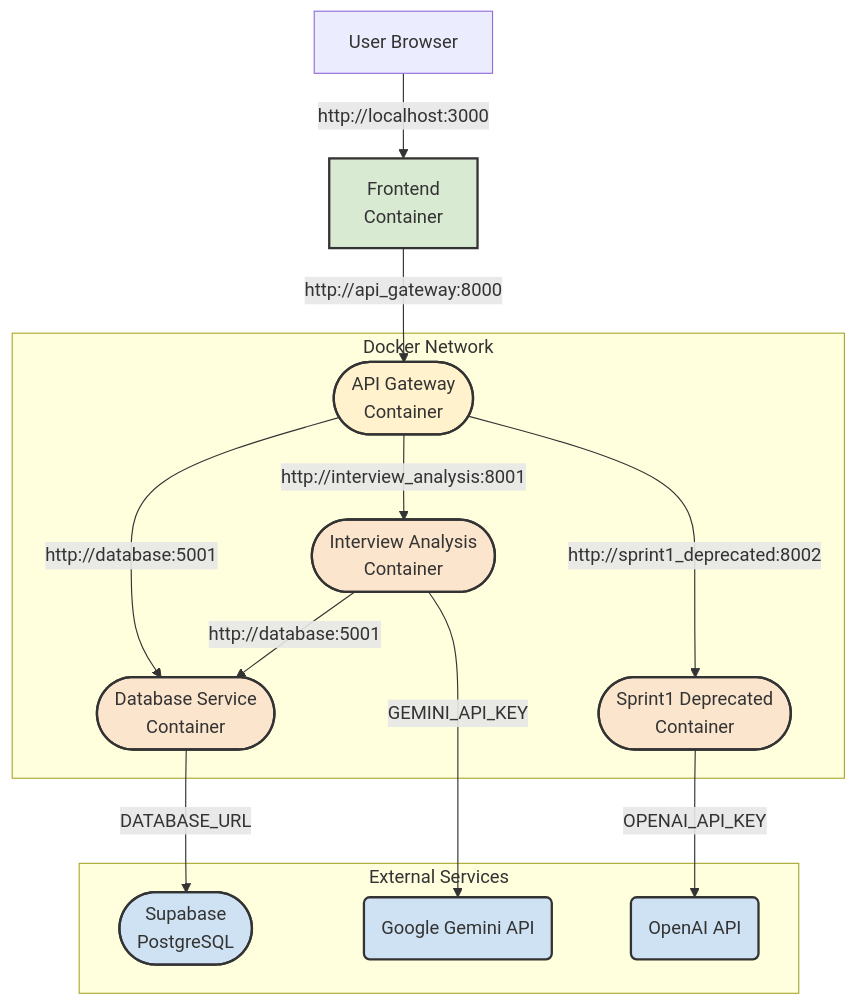
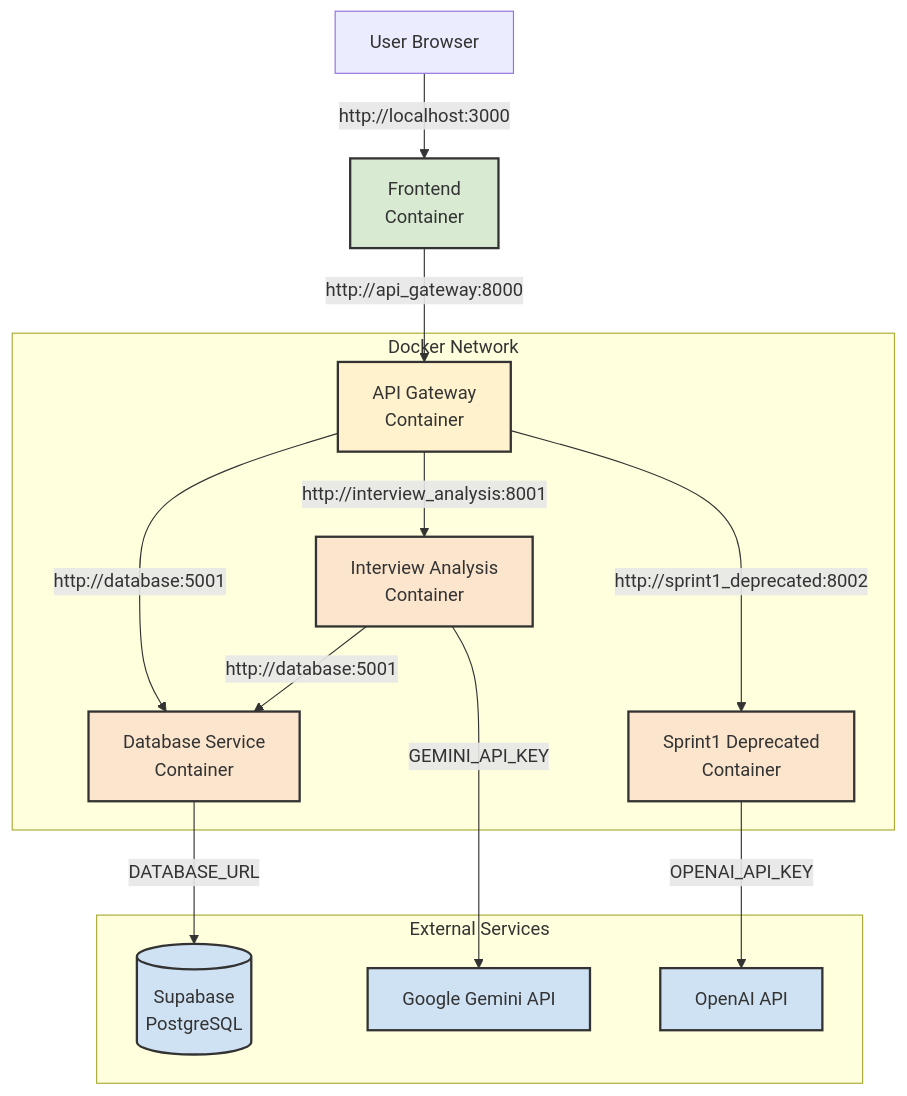
The second of 2 diagrams in docs/02_architecture.md (HarryLiu2003/Navi_CFCI), drawn with Mermaid before and after one commit.

Commit message:
hosted on Vercel + Google Cloud

````diff
--- a/docs/02_architecture.md
+++ b/docs/02_architecture.md
@@ -94,27 +94,27 @@
 ```mermaid
 graph TD
-    User[User Browser] -->|"http://localhost:3000"| FE["Frontend<br>Container"];
-    FE -->|"http://api_gateway:8000"| APIGW([API Gateway<br>Container]);
+    User["User Browser"] -->|"http://localhost:3000"| FE["Frontend<br>Container"]
+    FE -->|"http://api_gateway:8000"| APIGW["API Gateway<br>Container"]
     
-    subgraph Docker Network
-      APIGW -->|"http://interview_analysis:8001"| IA([Interview Analysis<br>Container]);
-      APIGW -->|"http://database:5001"| DBService([Database Service<br>Container]);
-      APIGW -->|"http://sprint1_deprecated:8002"| S1([Sprint1 Deprecated<br>Container]);
-      IA -->|"http://database:5001"| DBService;
+    subgraph "Docker Network"
+      APIGW -->|"http://interview_analysis:8001"| IA["Interview Analysis<br>Container"]
+      APIGW -->|"http://database:5001"| DBService["Database Service<br>Container"]
+      APIGW -->|"http://sprint1_deprecated:8002"| S1["Sprint1 Deprecated<br>Container"]
+      IA -->|"http://database:5001"| DBService
     end
 
-    subgraph External Services
-      DBService -->|DATABASE_URL| PG([Supabase<br>PostgreSQL]);
-      IA --> |GEMINI_API_KEY| Gemini(Google Gemini API);
-      S1 --> |OPENAI_API_KEY| OpenAI(OpenAI API);
+    subgraph "External Services"
+      DBService -->|"DATABASE_URL"| Postgres[("Supabase<br>PostgreSQL")]
+      IA --> |"GEMINI_API_KEY"| Gemini["Google Gemini API"]
+      S1 --> |"OPENAI_API_KEY"| OpenAI["OpenAI API"]
     end
 
     style FE fill:#D9EAD3,stroke:#333,stroke-width:2px
     style APIGW fill:#FFF2CC,stroke:#333,stroke-width:2px
     style IA fill:#FCE5CD,stroke:#333,stroke-width:2px
     style DBService fill:#FCE5CD,stroke:#333,stroke-width:2px
     style S1 fill:#FCE5CD,stroke:#333,stroke-width:2px
-    style PG fill:#CFE2F3,stroke:#333,stroke-width:2px
+    style Postgres fill:#CFE2F3,stroke:#333,stroke-width:2px
     style Gemini fill:#CFE2F3,stroke:#333,stroke-width:2px
     style OpenAI fill:#CFE2F3,stroke:#333,stroke-width:2px
 ```
````
